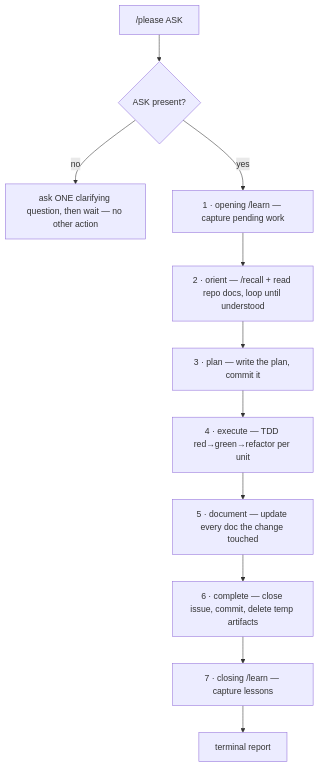
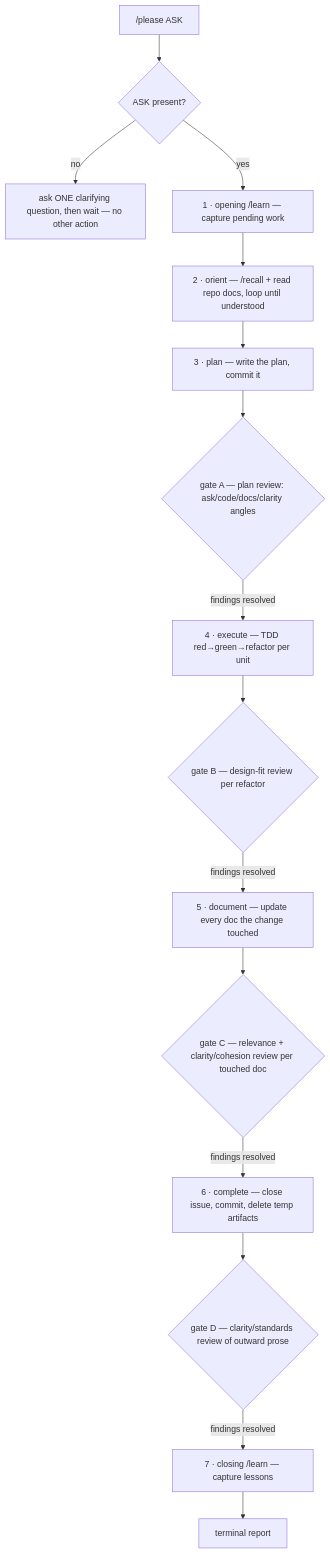
One commit to toejough/engram changed the seventh of 7 diagrams in docs/architecture/c1-system-context.md. Above: the diagram before and after it, drawn with Mermaid. The commit also changed other lines of this file and 3 other files, not shown here.

````diff
--- a/docs/architecture/c1-system-context.md
+++ b/docs/architecture/c1-system-context.md
@@ -317,13 +323,17 @@
 ```mermaid
 flowchart TD
     A["/please ASK"] --> B{ASK present?}
     B -->|no| Q[ask ONE clarifying question, then wait — no other action]
     B -->|yes| S1[1 · opening /learn — capture pending work]
     S1 --> S2[2 · orient — /recall + read repo docs, loop until understood]
     S2 --> S3[3 · plan — write the plan, commit it]
-    S3 --> S4[4 · execute — TDD red→green→refactor per unit]
-    S4 --> S5[5 · document — update every doc the change touched]
-    S5 --> S6[6 · complete — close issue, commit, delete temp artifacts]
-    S6 --> S7[7 · closing /learn — capture lessons]
+    S3 --> GA{gate A — plan review: ask/code/docs/clarity angles}
+    GA -->|findings resolved| S4[4 · execute — TDD red→green→refactor per unit]
+    S4 --> GB{gate B — design-fit review per refactor}
+    GB -->|findings resolved| S5[5 · document — update every doc the change touched]
+    S5 --> GC{gate C — relevance + clarity/cohesion review per touched doc}
+    GC -->|findings resolved| S6[6 · complete — close issue, commit, delete temp artifacts]
+    S6 --> GD{gate D — clarity/standards review of outward prose}
+    GD -->|findings resolved| S7[7 · closing /learn — capture lessons]
     S7 --> Z[terminal report]
 ```
````
